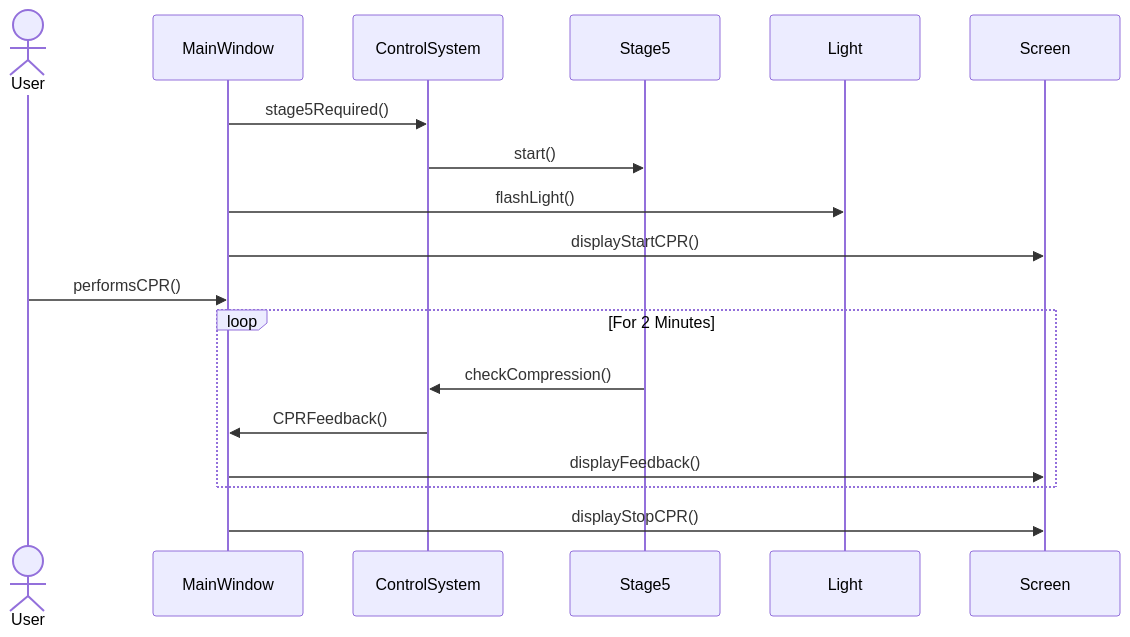
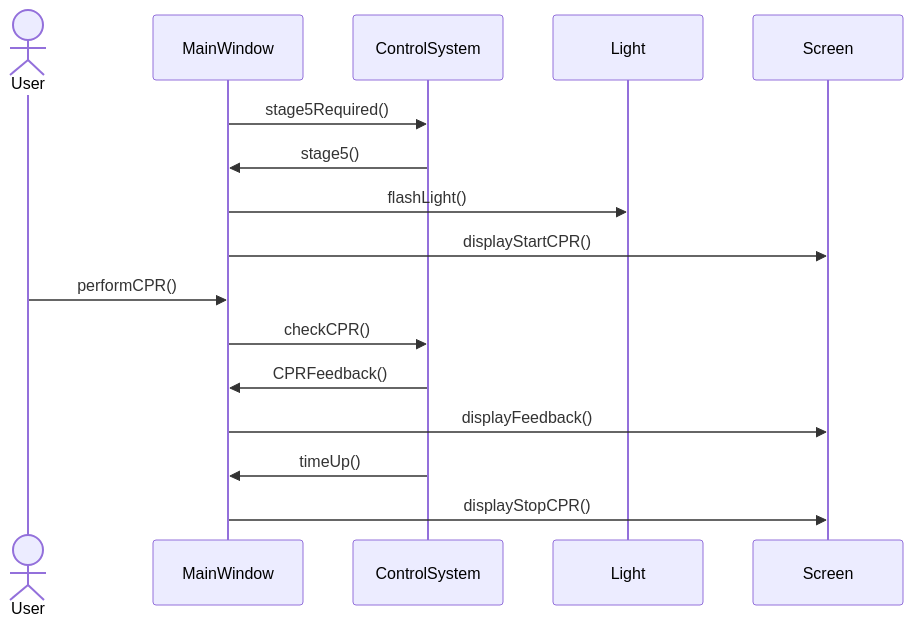
Before and after one commit to SaturnOperator/AED-System: the fifth of 8 diagrams in README.md, drawn with Mermaid. The commit also changed other lines of this file and 1 other file, not shown here.

First line of the commit message:
Revert "Merge branch 'main' of github.com:SaturnOperator/AED-System"

````diff
--- a/README.md
+++ b/README.md
@@ -107,15 +117,18 @@
 ```mermaid
 sequenceDiagram
 actor User
+participant MainWindow
+participant ControlSystem
+participant Light
+participant Screen
     MainWindow->>ControlSystem: stage5Required()
-    ControlSystem->>Stage5: start()
+    ControlSystem->>MainWindow: stage5()
     MainWindow->>Light: flashLight()
     MainWindow->>Screen: displayStartCPR()
-    User->>MainWindow: performsCPR()
-    loop For 2 Minutes
-    Stage5->>ControlSystem: checkCompression()
+    User->>MainWindow: performCPR()
+    MainWindow->>ControlSystem: checkCPR()
     ControlSystem->>MainWindow: CPRFeedback()
     MainWindow->>Screen: displayFeedback()
-    end
+    ControlSystem->>MainWindow: timeUp()
     MainWindow->>Screen: displayStopCPR()
 ```
````
